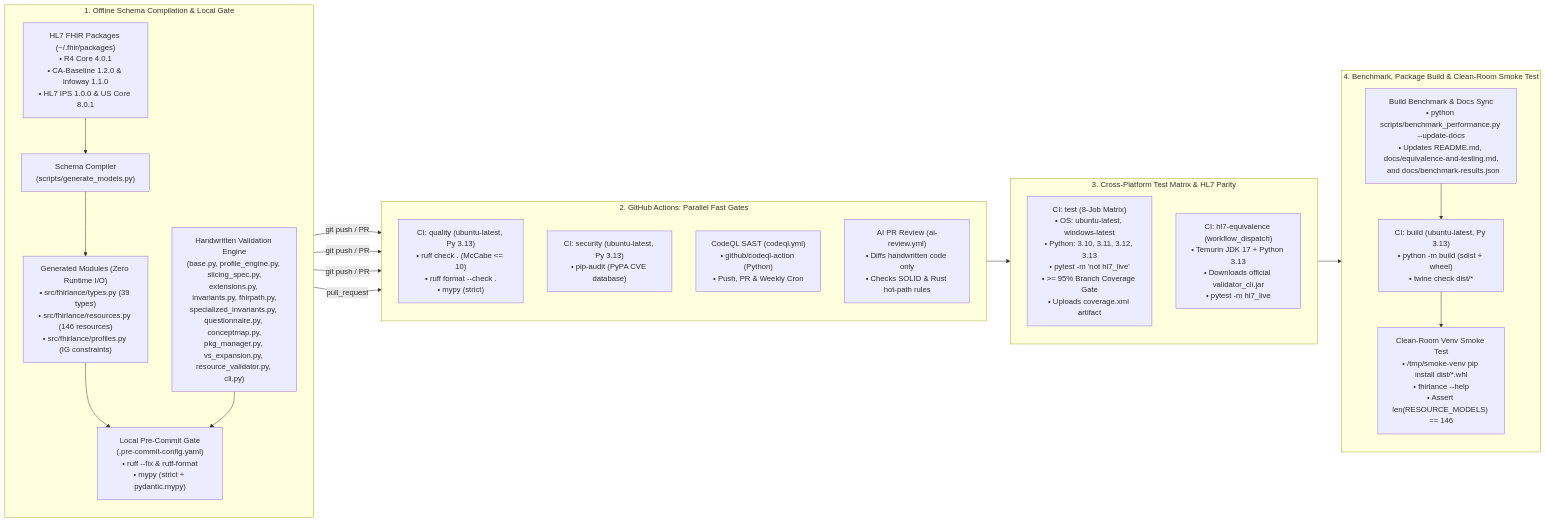
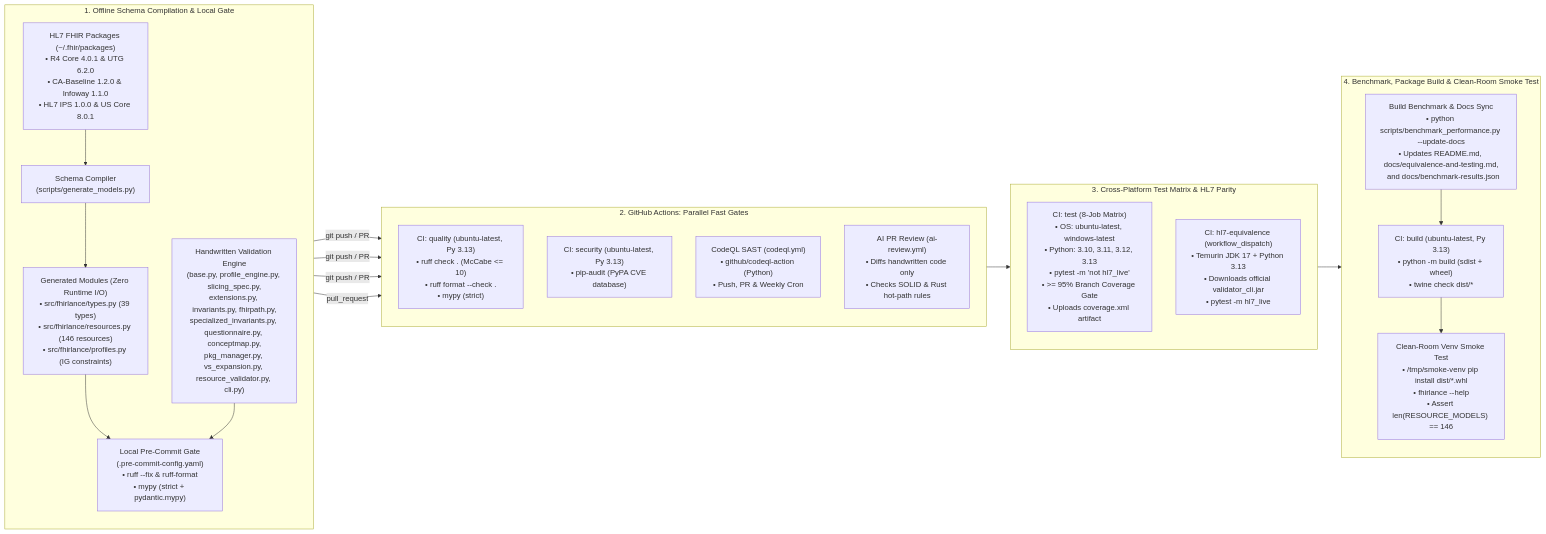
Before and after one commit to damsonaldson/FHIRlance: the diagram in docs/ci-and-build.md, drawn with Mermaid. The commit also changed other lines of this file and 14 other files, not shown here.

````diff
--- a/docs/ci-and-build.md
+++ b/docs/ci-and-build.md
@@ -11,43 +11,43 @@
 ```mermaid
 flowchart LR
     subgraph Phase1["1. Offline Schema Compilation & Local Gate"]
         direction TB
-        PKGS["HL7 FHIR Packages (~/.fhir/packages)<br/>• R4 Core 4.0.1<br/>• CA-Baseline 1.2.0 & Infoway 1.1.0<br/>• HL7 IPS 1.0.0 & US Core 8.0.1"]
+        PKGS["HL7 FHIR Packages (~/.fhir/packages)<br/>• R4 Core 4.0.1 & UTG 6.2.0<br/>• CA-Baseline 1.2.0 & Infoway 1.1.0<br/>• HL7 IPS 1.0.0 & US Core 8.0.1"]
         CODEGEN["Schema Compiler<br/>(scripts/generate_models.py)"]
         GEN["Generated Modules (Zero Runtime I/O)<br/>• src/fhirlance/types.py (39 types)<br/>• src/fhirlance/resources.py (146 resources)<br/>• src/fhirlance/profiles.py (IG constraints)"]
         CORE["Handwritten Validation Engine<br/>(base.py, profile_engine.py, slicing_spec.py,<br/>extensions.py, invariants.py, fhirpath.py,<br/>specialized_invariants.py, questionnaire.py, conceptmap.py,<br/>pkg_manager.py, vs_expansion.py, resource_validator.py, cli.py)"]
         PRE["Local Pre-Commit Gate<br/>(.pre-commit-config.yaml)<br/>• ruff --fix & ruff-format<br/>• mypy (strict + pydantic.mypy)"]
 
         PKGS --> CODEGEN --> GEN --> PRE
         CORE --> PRE
     end
 
     subgraph Phase2["2. GitHub Actions: Parallel Fast Gates"]
         direction TB
         QUAL["CI: quality (ubuntu-latest, Py 3.13)<br/>• ruff check . (McCabe <= 10)<br/>• ruff format --check .<br/>• mypy (strict)"]
         SEC["CI: security (ubuntu-latest, Py 3.13)<br/>• pip-audit (PyPA CVE database)"]
         CODEQL["CodeQL SAST (codeql.yml)<br/>• github/codeql-action (Python)<br/>• Push, PR & Weekly Cron"]
         AIREVIEW["AI PR Review (ai-review.yml)<br/>• Diffs handwritten code only<br/>• Checks SOLID & Rust hot-path rules"]
     end
 
     subgraph Phase3["3. Cross-Platform Test Matrix & HL7 Parity"]
         direction TB
         MATRIX["CI: test (8-Job Matrix)<br/>• OS: ubuntu-latest, windows-latest<br/>• Python: 3.10, 3.11, 3.12, 3.13<br/>• pytest -m 'not hl7_live'<br/>• >= 95% Branch Coverage Gate<br/>• Uploads coverage.xml artifact"]
         HL7["CI: hl7-equivalence (workflow_dispatch)<br/>• Temurin JDK 17 + Python 3.13<br/>• Downloads official validator_cli.jar<br/>• pytest -m hl7_live"]
     end
 
     subgraph Phase4["4. Benchmark, Package Build & Clean-Room Smoke Test"]
         direction TB
         BENCH["Build Benchmark & Docs Sync<br/>• python scripts/benchmark_performance.py --update-docs<br/>• Updates README.md, docs/equivalence-and-testing.md,<br/>  and docs/benchmark-results.json"]
         BUILD["CI: build (ubuntu-latest, Py 3.13)<br/>• python -m build (sdist + wheel)<br/>• twine check dist/*"]
         SMOKE["Clean-Room Venv Smoke Test<br/>• /tmp/smoke-venv pip install dist/*.whl<br/>• fhirlance --help<br/>• Assert len(RESOURCE_MODELS) == 146"]
         BENCH --> BUILD --> SMOKE
     end
 
     PRE -->|"git push / PR"| QUAL
     PRE -->|"git push / PR"| SEC
     PRE -->|"git push / PR"| CODEQL
     PRE -->|"pull_request"| AIREVIEW
     QUAL --> MATRIX
     MATRIX --> BUILD
 ```
````
